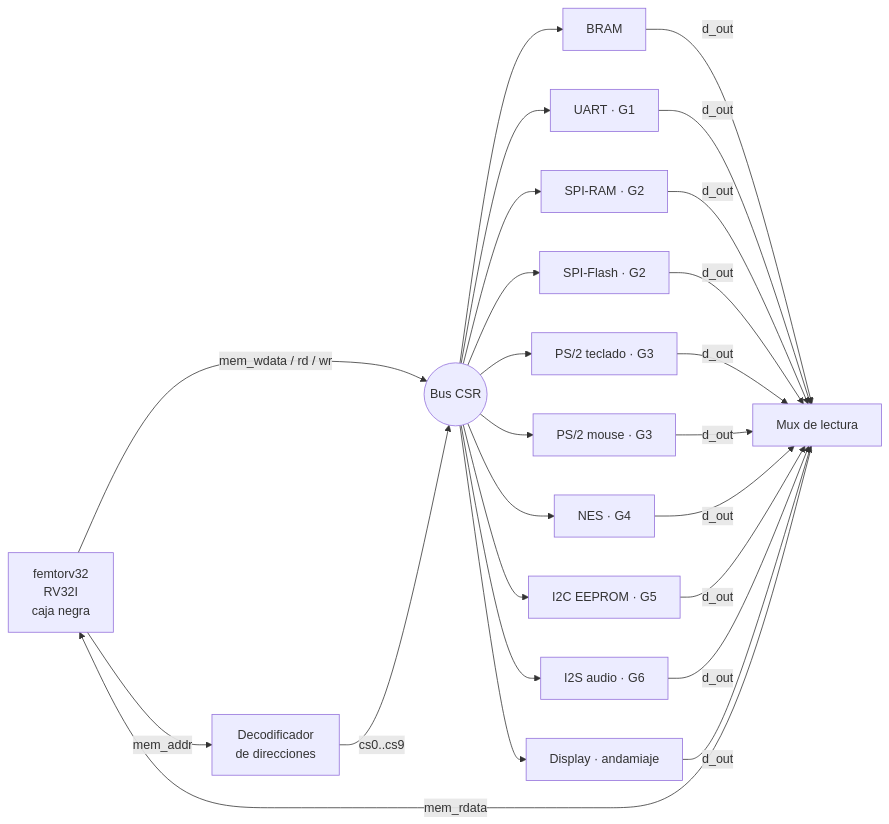
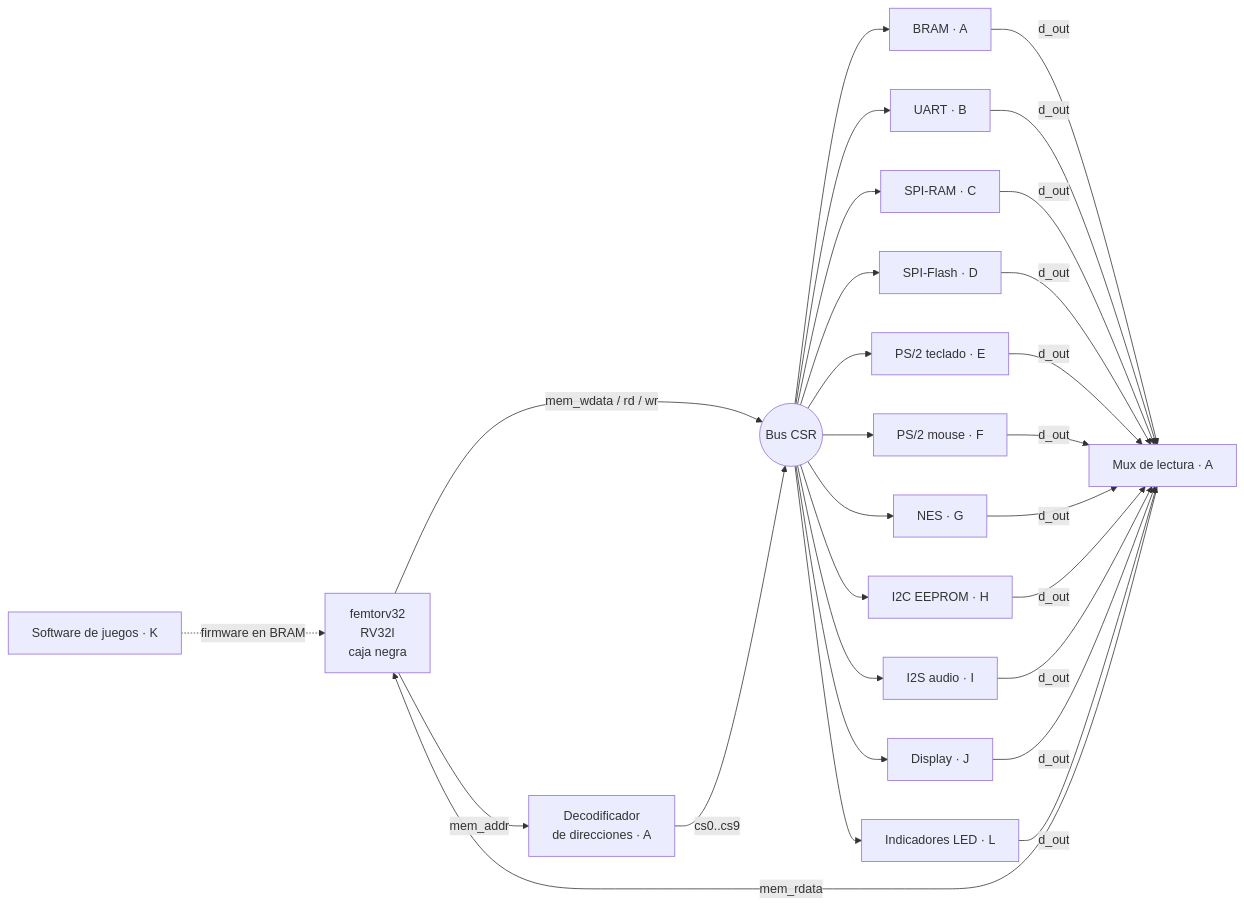
The first of 3 diagrams in diagramas/README.md (wwilchesc/Proyecto-Digital-1-v2), drawn with Mermaid before and after one commit. The commit also changed other lines of this file and 33 other files, not shown here.

````diff
--- a/diagramas/README.md
+++ b/diagramas/README.md
@@ -9,18 +26,20 @@
 ```mermaid
 flowchart LR
-    CPU[femtorv32<br/>RV32I<br/>caja negra] -- mem_addr --> DEC[Decodificador<br/>de direcciones]
+    CPU[femtorv32<br/>RV32I<br/>caja negra] -- mem_addr --> DEC[Decodificador<br/>de direcciones · A]
     CPU -- mem_wdata / rd / wr --> BUS((Bus CSR))
     DEC -- cs0..cs9 --> BUS
-    BUS --> BRAM[BRAM]
-    BUS --> UART[UART · G1]
-    BUS --> SRAM[SPI-RAM · G2]
-    BUS --> FLASH[SPI-Flash · G2]
-    BUS --> KBD[PS/2 teclado · G3]
-    BUS --> MOUSE[PS/2 mouse · G3]
-    BUS --> NES[NES · G4]
-    BUS --> I2C[I2C EEPROM · G5]
-    BUS --> I2S[I2S audio · G6]
-    BUS --> DISP[Display · andamiaje]
-    BRAM & UART & SRAM & FLASH & KBD & MOUSE & NES & I2C & I2S & DISP -- d_out --> MUX[Mux de lectura]
+    BUS --> BRAM[BRAM · A]
+    BUS --> UART[UART · B]
+    BUS --> SRAM[SPI-RAM · C]
+    BUS --> FLASH[SPI-Flash · D]
+    BUS --> KBD[PS/2 teclado · E]
+    BUS --> MOUSE[PS/2 mouse · F]
+    BUS --> NES[NES · G]
+    BUS --> I2C[I2C EEPROM · H]
+    BUS --> I2S[I2S audio · I]
+    BUS --> DISP[Display · J]
+    BUS --> IND[Indicadores LED · L]
+    BRAM & UART & SRAM & FLASH & KBD & MOUSE & NES & I2C & I2S & DISP & IND -- d_out --> MUX[Mux de lectura · A]
     MUX -- mem_rdata --> CPU
+    SW[Software de juegos · K] -. firmware en BRAM .-> CPU
 ```
````
